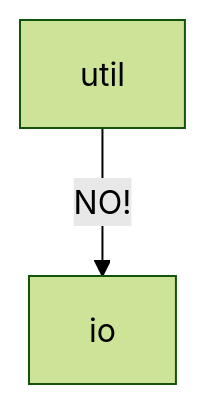
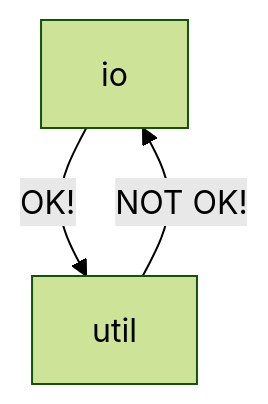
Before and after one commit to mattriley/node-module-composer: the third of 3 diagrams in README-TEMPLATE.md, drawn with Mermaid (forest theme). The commit also changed 1 other file, not shown here.

Commit message:
Unspecified changes

````diff
--- a/README-TEMPLATE.md
+++ b/README-TEMPLATE.md
@@ -240,4 +240,5 @@
 ```mermaid
 graph TD;
-    util-->|NO!|io
+    io-->|OK!|util
+    util-->|NOT OK!|io
 ```
````
